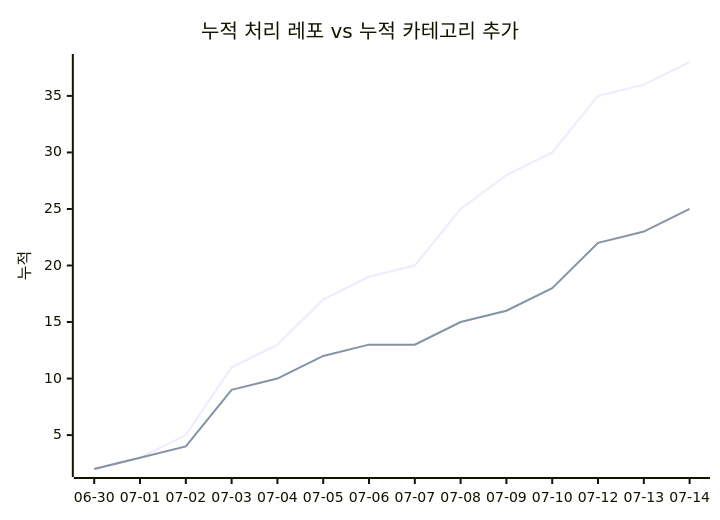
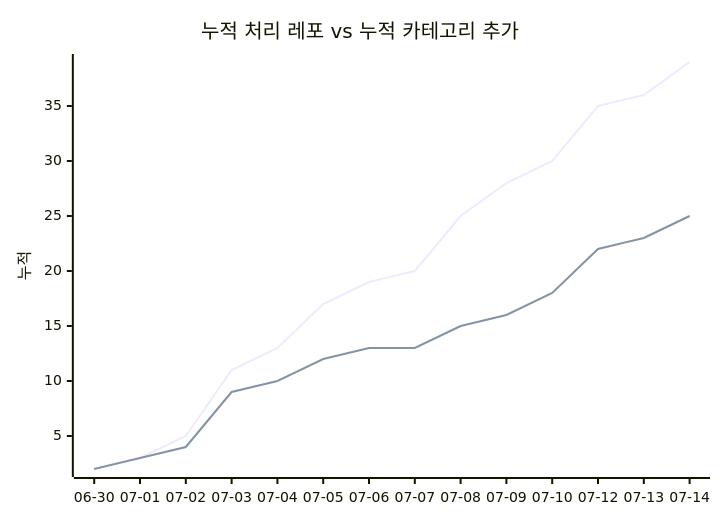
One commit to J-nowcow/awesome-korean-agent-skills changed the second of 2 diagrams in docs/trends.md. Above: the diagram before and after it, drawn with Mermaid. The commit also changed other lines of this file and 2 other files, not shown here.

````diff
--- a/docs/trends.md
+++ b/docs/trends.md
@@ -68,8 +68,8 @@
 ```mermaid
 xychart-beta
     title "누적 처리 레포 vs 누적 카테고리 추가"
     x-axis ["06-30","07-01","07-02","07-03","07-04","07-05","07-06","07-07","07-08","07-09","07-10","07-12","07-13","07-14"]
     y-axis "누적"
-    line [2,3,5,11,13,17,19,20,25,28,30,35,36,38]
+    line [2,3,5,11,13,17,19,20,25,28,30,35,36,39]
     line [2,3,4,9,10,12,13,13,15,16,18,22,23,25]
 ```
````
